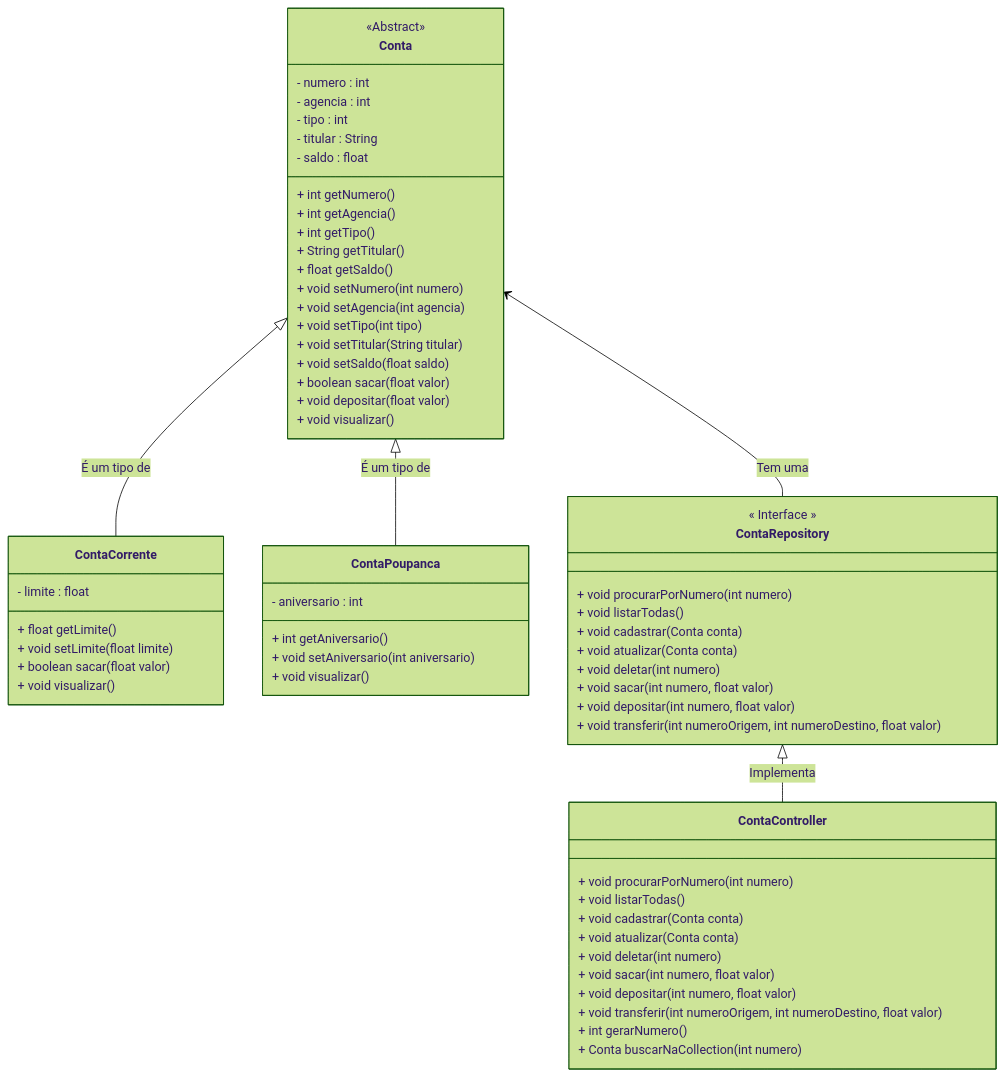
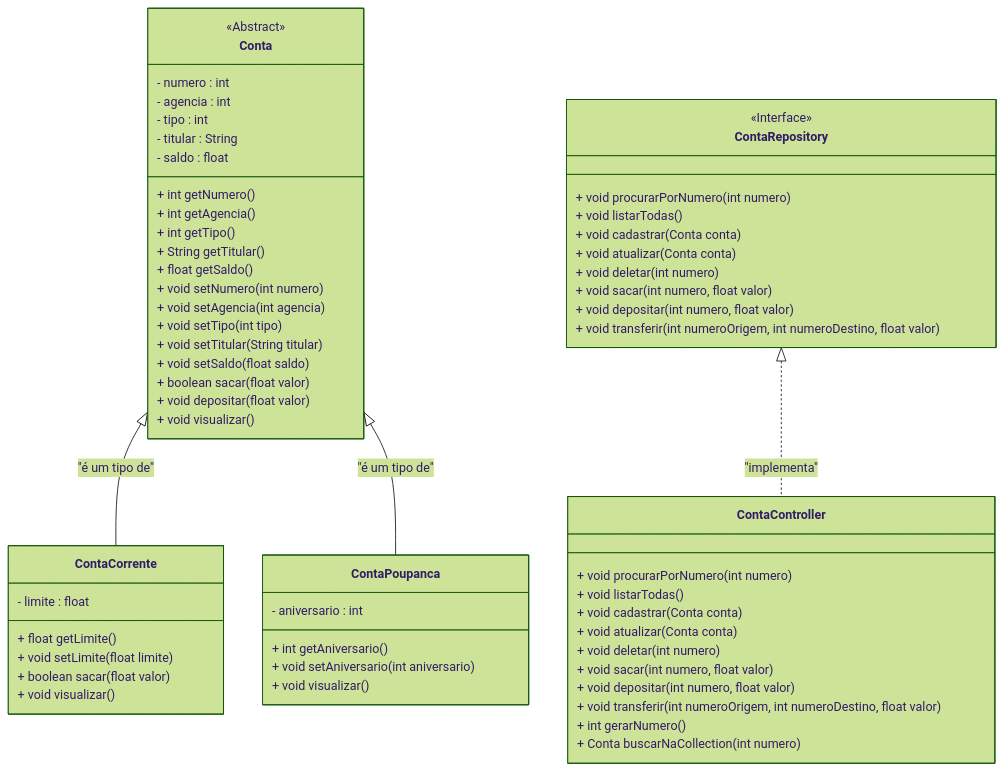
The diagram in 01_java/pr08.md (rafaelq80/cookbook_java_2025), drawn with Mermaid (forest theme) before and after one commit. The commit also changed other lines of this file and 39 other files, not shown here.

````diff
--- a/01_java/pr08.md
+++ b/01_java/pr08.md
@@ -11,64 +15,63 @@
 ```mermaid
 classDiagram
 class Conta {
 <<Abstract>>
   - numero : int
   - agencia : int
   - tipo : int
   - titular : String
   - saldo : float
   + int getNumero()
   + int getAgencia()
   + int getTipo()
   + String getTitular()
   + float getSaldo()
   + void setNumero(int numero)
   + void setAgencia(int agencia)
   + void setTipo(int tipo)
   + void setTitular(String titular)
   + void setSaldo(float saldo)
   + boolean sacar(float valor)
   + void depositar(float valor)
   + void visualizar()
 }
 class ContaCorrente {
   - limite : float
   + float getLimite()
   + void setLimite(float limite)
   + boolean sacar(float valor)
   + void visualizar()
 }
 class ContaPoupanca {
   - aniversario : int
   + int getAniversario()
   + void setAniversario(int aniversario)
   + void visualizar()
 }
-class ContaRepository{
-<< Interface >>
-+ void procurarPorNumero(int numero)
-+ void listarTodas()
-+ void cadastrar(Conta conta)
-+ void atualizar(Conta conta)
-+ void deletar(int numero)
-+ void sacar(int numero, float valor)
-+ void depositar(int numero, float valor)
-+ void transferir(int numeroOrigem, int numeroDestino, float valor)
+class ContaRepository {
+<<Interface>>
+  + void procurarPorNumero(int numero)
+  + void listarTodas()
+  + void cadastrar(Conta conta)
+  + void atualizar(Conta conta)
+  + void deletar(int numero)
+  + void sacar(int numero, float valor)
+  + void depositar(int numero, float valor)
+  + void transferir(int numeroOrigem, int numeroDestino, float valor)
 }
-class ContaController{
-+ void procurarPorNumero(int numero)
-+ void listarTodas()
-+ void cadastrar(Conta conta)
-+ void atualizar(Conta conta)
-+ void deletar(int numero)
-+ void sacar(int numero, float valor)
-+ void depositar(int numero, float valor)
-+ void transferir(int numeroOrigem, int numeroDestino, float valor)
-+ int gerarNumero()
-+ Conta buscarNaCollection(int numero) 
+class ContaController {
+  + void procurarPorNumero(int numero)
+  + void listarTodas()
+  + void cadastrar(Conta conta)
+  + void atualizar(Conta conta)
+  + void deletar(int numero)
+  + void sacar(int numero, float valor)
+  + void depositar(int numero, float valor)
+  + void transferir(int numeroOrigem, int numeroDestino, float valor)
+  + int gerarNumero()
+  + Conta buscarNaCollection(int numero)
 }
-Conta <|-- ContaCorrente : É um tipo de
-Conta <|-- ContaPoupanca : É um tipo de
-Conta <-- ContaRepository : Tem uma
-ContaRepository <|-- ContaController : Implementa
+Conta <|-- ContaCorrente : "é um tipo de"
+Conta <|-- ContaPoupanca : "é um tipo de"
+ContaRepository <|.. ContaController : "implementa"
 ```
````
